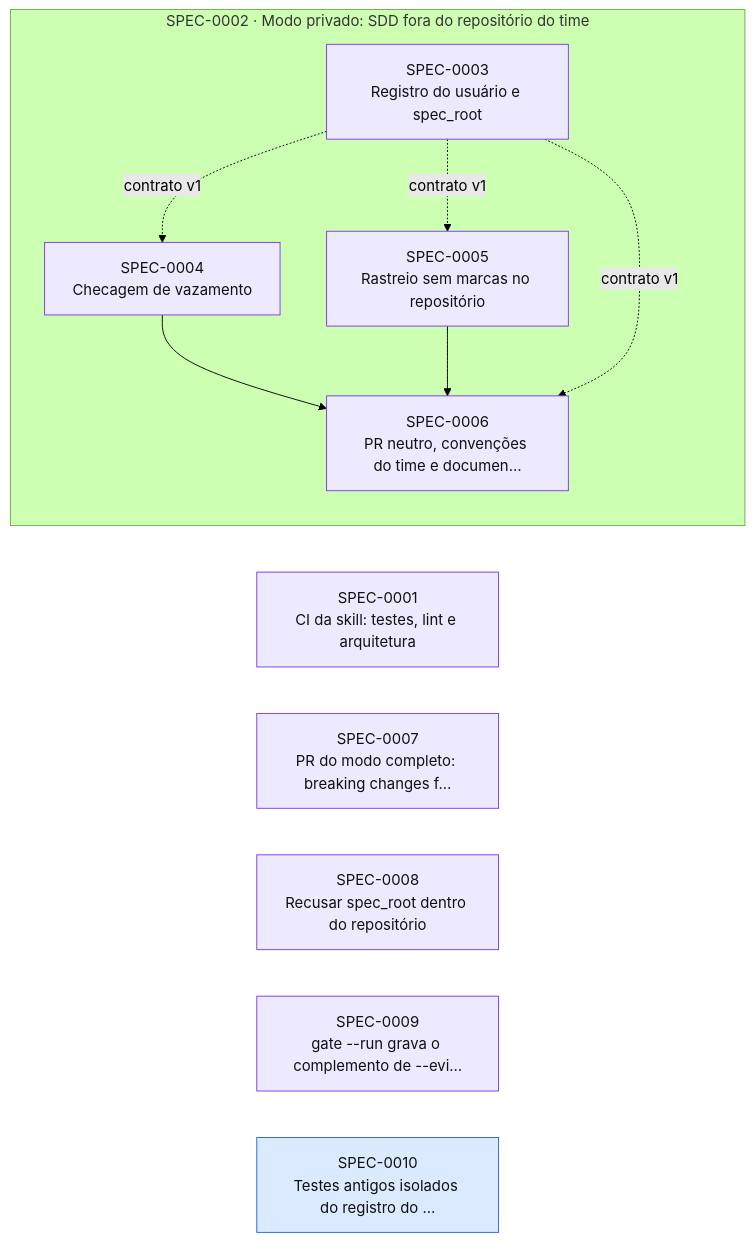
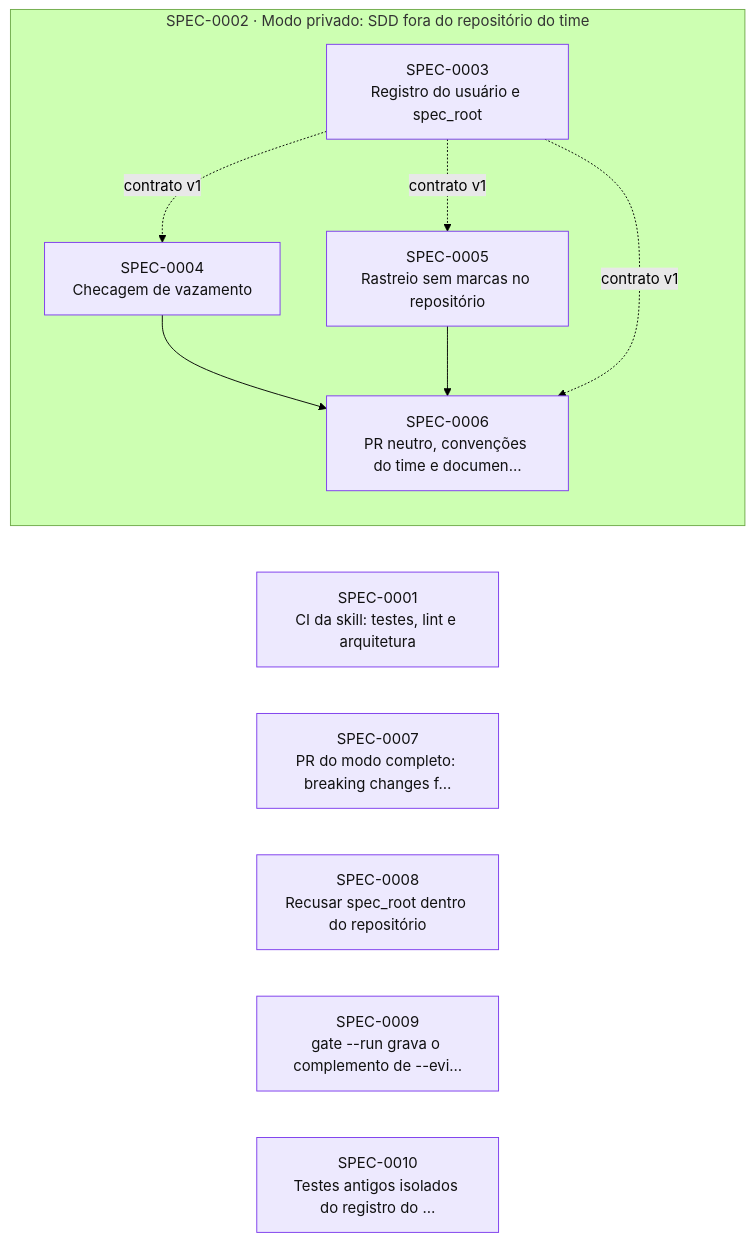
Before and after one commit to thomasravache/ai-dev-brain: the diagram in docs/specs/INDEX.md, drawn with Mermaid (forest theme). The commit also changed other lines of this file, not shown here.

First line of the commit message:
docs(specs): índice após a SPEC-0010

````diff
--- a/docs/specs/INDEX.md
+++ b/docs/specs/INDEX.md
@@ -59,24 +59,24 @@
 ```mermaid
 flowchart LR
   S0001["SPEC-0001<br/>CI da skill: testes, lint e arquitetura"]:::inprogress
   S0007["SPEC-0007<br/>PR do modo completo: breaking changes f…"]:::inprogress
   S0008["SPEC-0008<br/>Recusar spec_root dentro do repositório"]:::inprogress
   S0009["SPEC-0009<br/>gate --run grava o complemento de --evi…"]:::inprogress
-  S0010["SPEC-0010<br/>Testes antigos isolados do registro do …"]:::approved
+  S0010["SPEC-0010<br/>Testes antigos isolados do registro do …"]:::inprogress
   subgraph E0002["SPEC-0002 · Modo privado: SDD fora do repositório do time"]
     S0003["SPEC-0003<br/>Registro do usuário e spec_root"]:::inprogress
     S0004["SPEC-0004<br/>Checagem de vazamento"]:::inprogress
     S0005["SPEC-0005<br/>Rastreio sem marcas no repositório"]:::inprogress
     S0006["SPEC-0006<br/>PR neutro, convenções do time e documen…"]:::inprogress
   end
   S0003 -. contrato v1 .-> S0004
   S0003 -. contrato v1 .-> S0005
   S0004 --> S0006
   S0005 --> S0006
   S0003 -. contrato v1 .-> S0006
   classDef proposed fill:#fef3c7,stroke:#d97706,color:#111
   classDef approved fill:#dbeafe,stroke:#2563eb,color:#111
   classDef inprogress fill:#ede9fe,stroke:#7c3aed,color:#111
   classDef implemented fill:#dcfce7,stroke:#16a34a,color:#111
   classDef deprecated fill:#f3f4f6,stroke:#9ca3af,color:#6b7280
 ```
````
